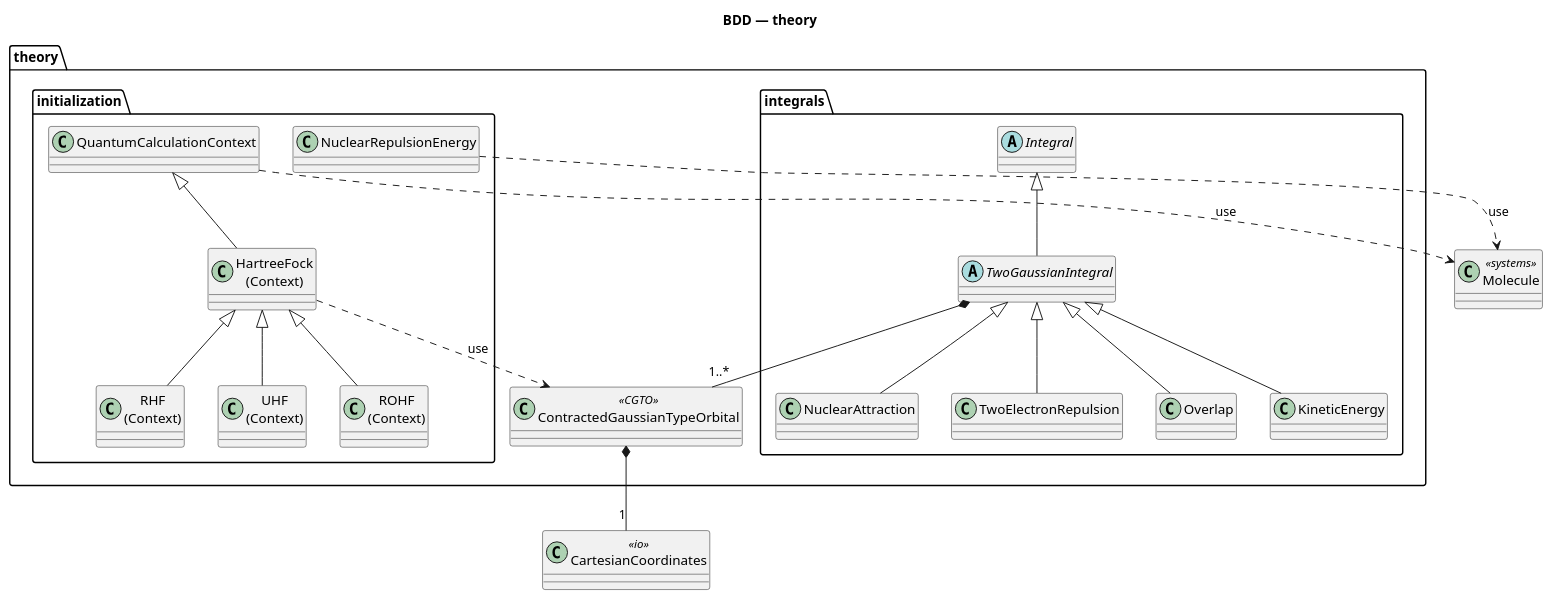
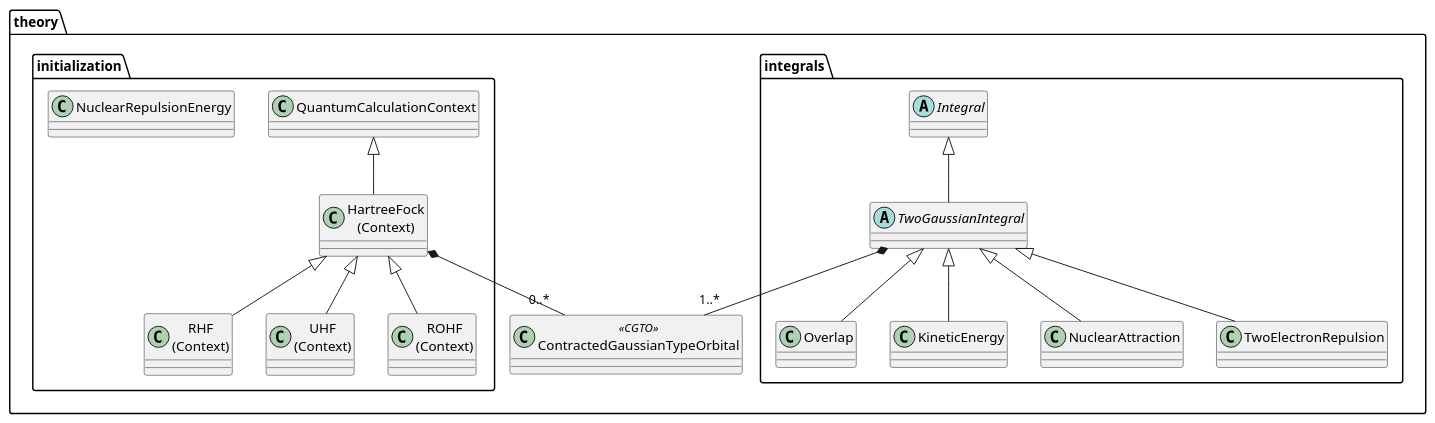
Before and after one commit to milosz-martynow/qBlock: the diagram in architecture/block_definition_diagrams/theory.puml, drawn with PlantUML. The commit also changed 42 other files, not shown here.

```diff
--- a/architecture/block_definition_diagrams/theory.puml
+++ b/architecture/block_definition_diagrams/theory.puml
@@ -1,55 +1,44 @@
 @startuml bdd_theory
-title BDD — theory
 
 package "theory" {
 
   class ContractedGaussianTypeOrbital <<CGTO>>
 
   package "integrals" {
     abstract class Integral
     abstract class TwoGaussianIntegral
     class Overlap
     class KineticEnergy
     class NuclearAttraction
     class TwoElectronRepulsion
   }
 
   package "initialization" {
     class QuantumCalculationContext
     class "HartreeFock\n(Context)" as HFContext
     class "RHF\n(Context)" as RHFContext
     class "UHF\n(Context)" as UHFContext
     class "ROHF\n(Context)" as ROHFContext
     class NuclearRepulsionEnergy
   }
 }
 
-' --- External blocks ---
-class CartesianCoordinates <<io>>
-class Molecule <<systems>>
-
 ' ═══ Generalization ═══
 
 TwoGaussianIntegral -up-|> Integral
 Overlap -up-|> TwoGaussianIntegral
 KineticEnergy -up-|> TwoGaussianIntegral
 NuclearAttraction -up-|> TwoGaussianIntegral
 TwoElectronRepulsion -up-|> TwoGaussianIntegral
 
 HFContext -up-|> QuantumCalculationContext
 RHFContext -up-|> HFContext
 UHFContext -up-|> HFContext
 ROHFContext -up-|> HFContext
 
 ' ═══ Composition ═══
 
-ContractedGaussianTypeOrbital *-- "1" CartesianCoordinates
 TwoGaussianIntegral *-- "1..*" ContractedGaussianTypeOrbital
-
-' ═══ Use ═══
-
-QuantumCalculationContext ..> Molecule : «use»
-NuclearRepulsionEnergy ..> Molecule : «use»
-HFContext ..> ContractedGaussianTypeOrbital : «use»
+HFContext *-- "0..*" ContractedGaussianTypeOrbital
 
 @enduml
```
